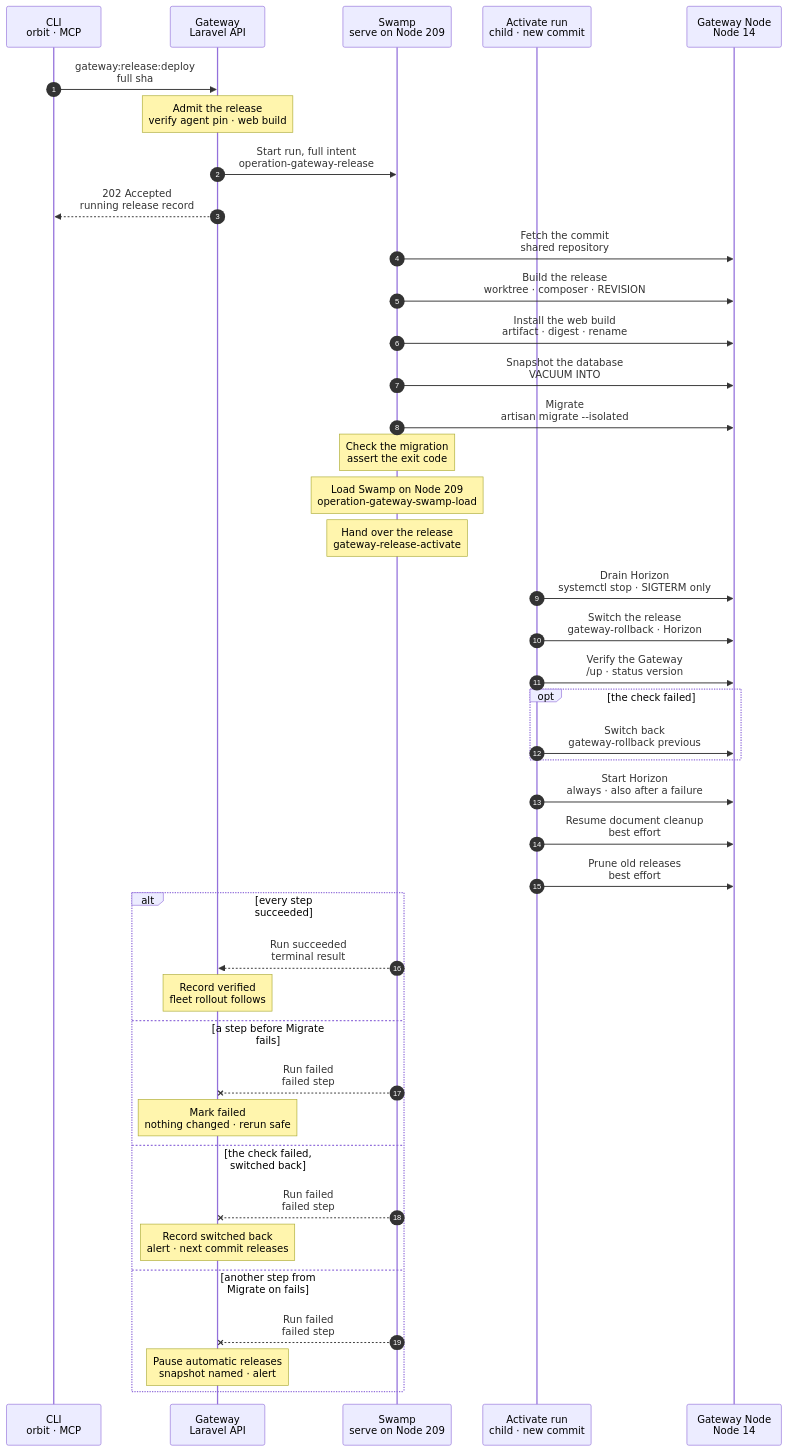
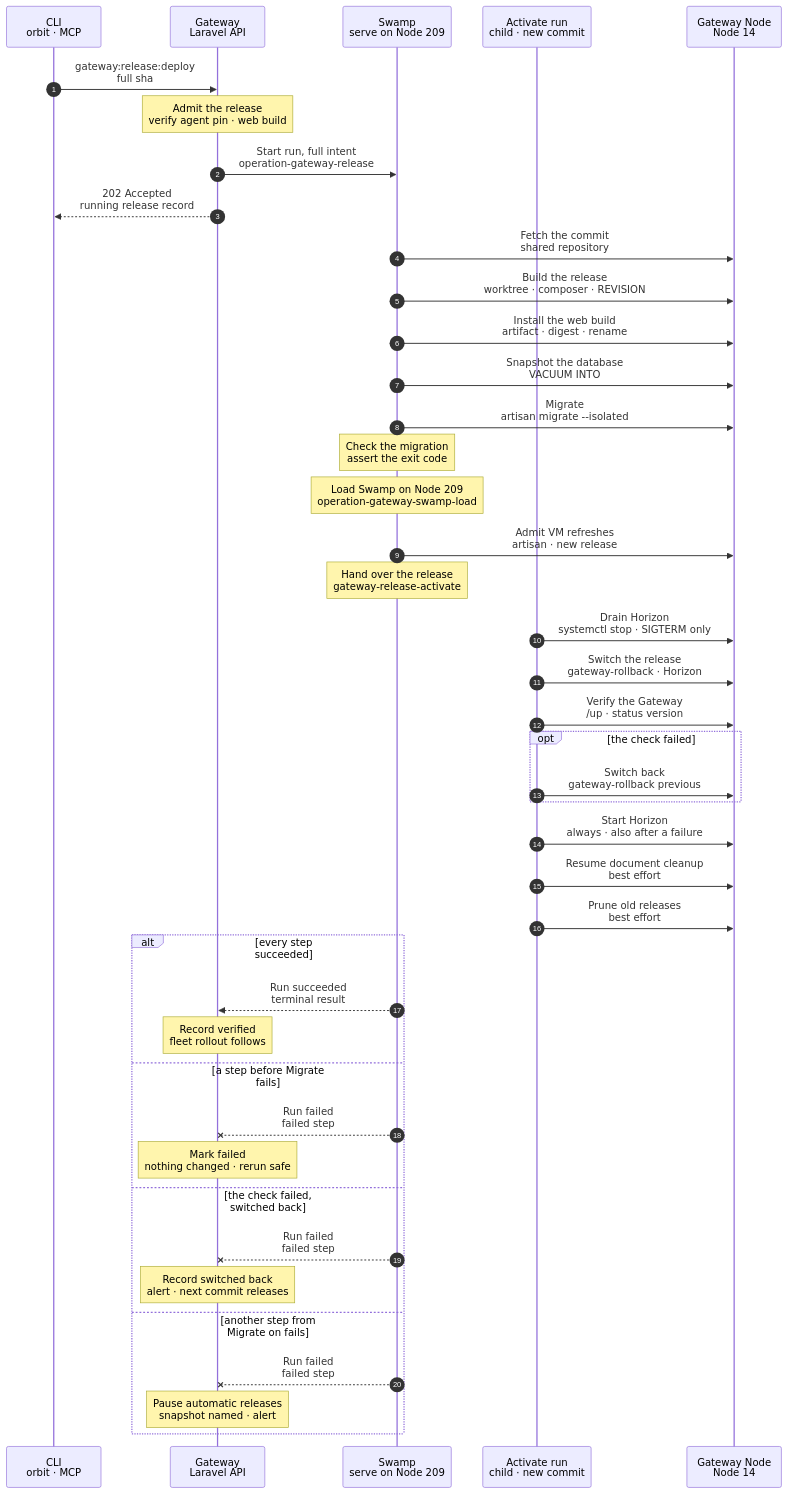
One commit to hardimpactdev/orbit changed the diagram in docs/cli/gateway/release-deploy.mmd. Above: the diagram before and after it, drawn with Mermaid. The commit also changed 20 other files, not shown here.

First line of the commit message:
Task VM base refresh in every release, right after the Swamp load (#3167)

```diff
--- a/docs/cli/gateway/release-deploy.mmd
+++ b/docs/cli/gateway/release-deploy.mmd
@@ -1,94 +1,101 @@
 sequenceDiagram
   %% Target design: docs/reference/feature-flow.md section 6, one Swamp workflow per Gateway release, manual or automatic.
   %% A failed check switches back; migrations are expand and contract. docs/reference/gateway-recovery.md#release-as-a-swamp-run.
   %% status: draft
   %% command: gateway:release:deploy
   %% kind: gateway.release
   %% behavior name: gateway-release-<step>-209 (fixed)
   autonumber
   %% lane TR icon=terminal pill=caller tone=gray
   %% lane GW icon=gateway pill=intent tone=blue
   %% lane SW icon=workflow pill=executes tone=green
   %% lane AC icon=workflow pill=child tone=green
   %% lane GN icon=server pill=target tone=amber
   participant TR as CLI<br/>orbit · MCP
   participant GW as Gateway<br/>Laravel API
   participant SW as Swamp<br/>serve on Node 209
   participant AC as Activate run<br/>child · new commit
   participant GN as Gateway Node<br/>Node 14
   TR->>GW: gateway:release:deploy<br/>full sha
   %%> Command:
   %%> - `orbit gateway:release:deploy <full sha>`; the automatic tick admits the newest green commit the same way
   Note over GW: Admit the release<br/>verify agent pin · web build
   %%> Requirements:
   %%> - the full commit; no other release queued or running
   %%> - the agent pin passes its Sigstore check; CI published the commit's web build
   %%> Result:
   %%> - a running release record; the pin, artifact, Horizon unit and SSH targets frozen as inputs
   GW->>SW: Start run, full intent<br/>operation-gateway-release
   %%> What it does:
   %%> - at run start, mints one read token (contents, actions) into the vault
   GW-->>TR: 202 Accepted<br/>running release record
   SW->>GN: Fetch the commit<br/>shared repository
   %%> What it does:
   %%> - fetches the commit with the read token when the shared repository lacks it; the token reaches git only in its environment
   %%> Decided by the orchestrator, for Nick's review:
   %%> - the fetch is its own step, so that the build runs its script from the commit being released, not from the live release
   SW->>GN: Build the release<br/>worktree · composer · REVISION
   %%> What it does:
   %%> - refuses a commit that does not descend from the current release
   %%> - links shared env and storage, installs dependencies, seals with `REVISION` and a cached config
   %%> - a sealed release of the commit is reused
   SW->>GN: Install the web build<br/>artifact · digest · rename
   SW->>GN: Snapshot the database<br/>VACUUM INTO
   SW->>GN: Migrate<br/>artisan migrate --isolated
   %%> What it does:
   %%> - prints the end of the migration's output and its exit code; a failed exec would keep no output
   Note over SW: Check the migration<br/>assert the exit code
   %%> On failure:
   %%> - from here until the switch, the release pauses with the old release live
   %%> - the record's message ends with the migration's output
   Note over SW: Load Swamp on Node 209<br/>operation-gateway-swamp-load
   %%> What it does:
   %%> - the load child: checkout, grants the new release rendered, serve reload
+  SW->>GN: Admit VM refreshes<br/>artisan · new release
+  %%> What it does:
+  %%> - runs `task-vms:refresh-images --commit <sha>` from the new release: one `task_vm.image_refresh` run per task VM host, admitted by the new commit's code, started on the workflows the load installed, and running while the release goes on to switch (docs/cli/tasks/vm-image-refresh.mmd)
+  %%> - every release refreshes, code-only ones too: the base holds the warm checkout and the nested Gateway agent of the commit
+  %%> On failure:
+  %%> - best effort: the release never fails for it, and the hand-over waits only for the admission, a few seconds
+  %%> - it runs before the switch, so a release that later fails or switches back has refreshed the base to its commit; the next release refreshes again
   Note over SW: Hand over the release<br/>gateway-release-activate
   %%> Why:
   %%> - the child runs from the definition the load installed, so the switch runs the new commit's steps
   AC->>GN: Drain Horizon<br/>systemctl stop · SIGTERM only
   %%> What it does:
   %%> - waits until the unit's whole control group is empty, as long as the drain allows; Horizon's jobs open SSH connections of their own, so no shared connection master stays in the group, and the wait covers any other process a job leaves
   %%> - refuses to stop a unit that lacks the stop policy (`KillMode=mixed`, `SendSIGKILL=no`), because it would kill a running job
   %%> On failure:
   %%> - the run fails with `gateway.release_horizon_unit_stale` for a unit without the policy, or `gateway.release_horizon_not_drained` when the unit did not stop in time; Horizon is started again below
   AC->>GN: Switch the release<br/>gateway-rollback · Horizon
   %%> Why:
   %%> - the same script an operator rolls back with: links, PHP-FPM reload, running services restart
   AC->>GN: Verify the Gateway<br/>/up · status version
   opt the check failed
     AC->>GN: Switch back<br/>gateway-rollback previous
   end
   AC->>GN: Start Horizon<br/>always · also after a failure
   %%> Why:
   %%> - the release drained Horizon, so every end of the run leaves it running: the old release after a failed drain or a switch back, the new one after a verified switch
   %%> - starting a running unit changes nothing
   %%> Decided by the orchestrator, for Nick's review:
   %%> - the drain relies on the unit's stop policy alone; the rollback script no longer starts a stopped Horizon, because this step does after every end of the run
   AC->>GN: Resume document cleanup<br/>best effort
   %%> Why:
   %%> - the scheduler restart paused the release cleanups; one that stays paused never fails the release
   AC->>GN: Prune old releases<br/>best effort
   alt every step succeeded
     SW-->>GW: Run succeeded<br/>terminal result
     Note over GW: Record verified<br/>fleet rollout follows
     %%> Next:
     %%> - the Gateway queues one `fleet.rollout` admission for the Nodes behind this commit (`fleet:rollout`)
   else a step before Migrate fails
     SW--xGW: Run failed<br/>failed step
     Note over GW: Mark failed<br/>nothing changed · rerun safe
   else the check failed, switched back
     SW--xGW: Run failed<br/>failed step
     Note over GW: Record switched back<br/>alert · next commit releases
   else another step from Migrate on fails
     SW--xGW: Run failed<br/>failed step
     Note over GW: Pause automatic releases<br/>snapshot named · alert
   end
```
